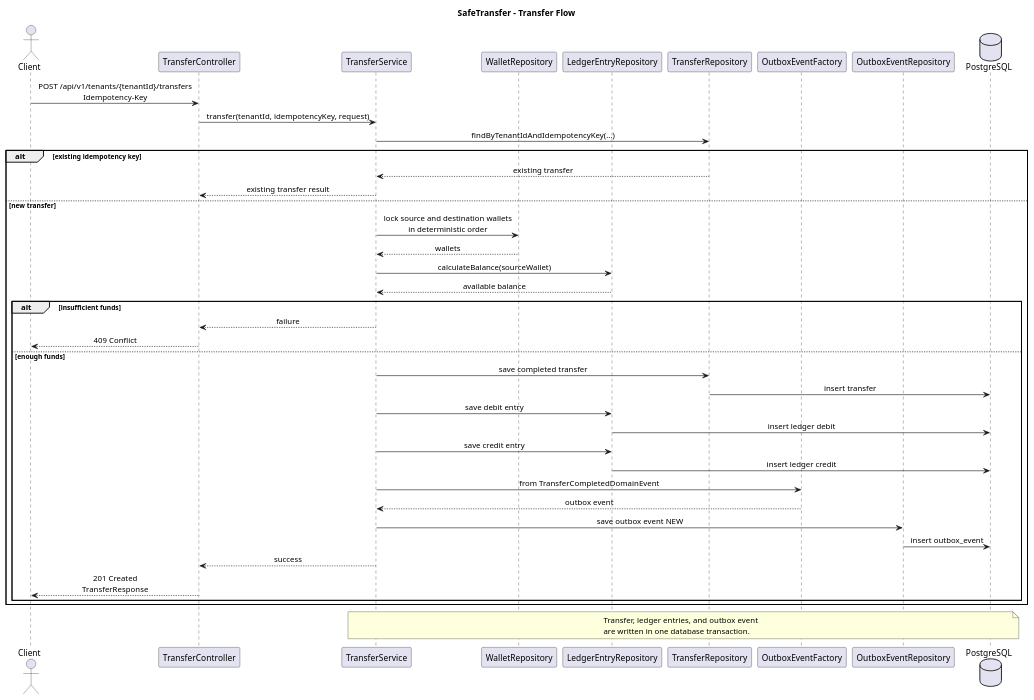
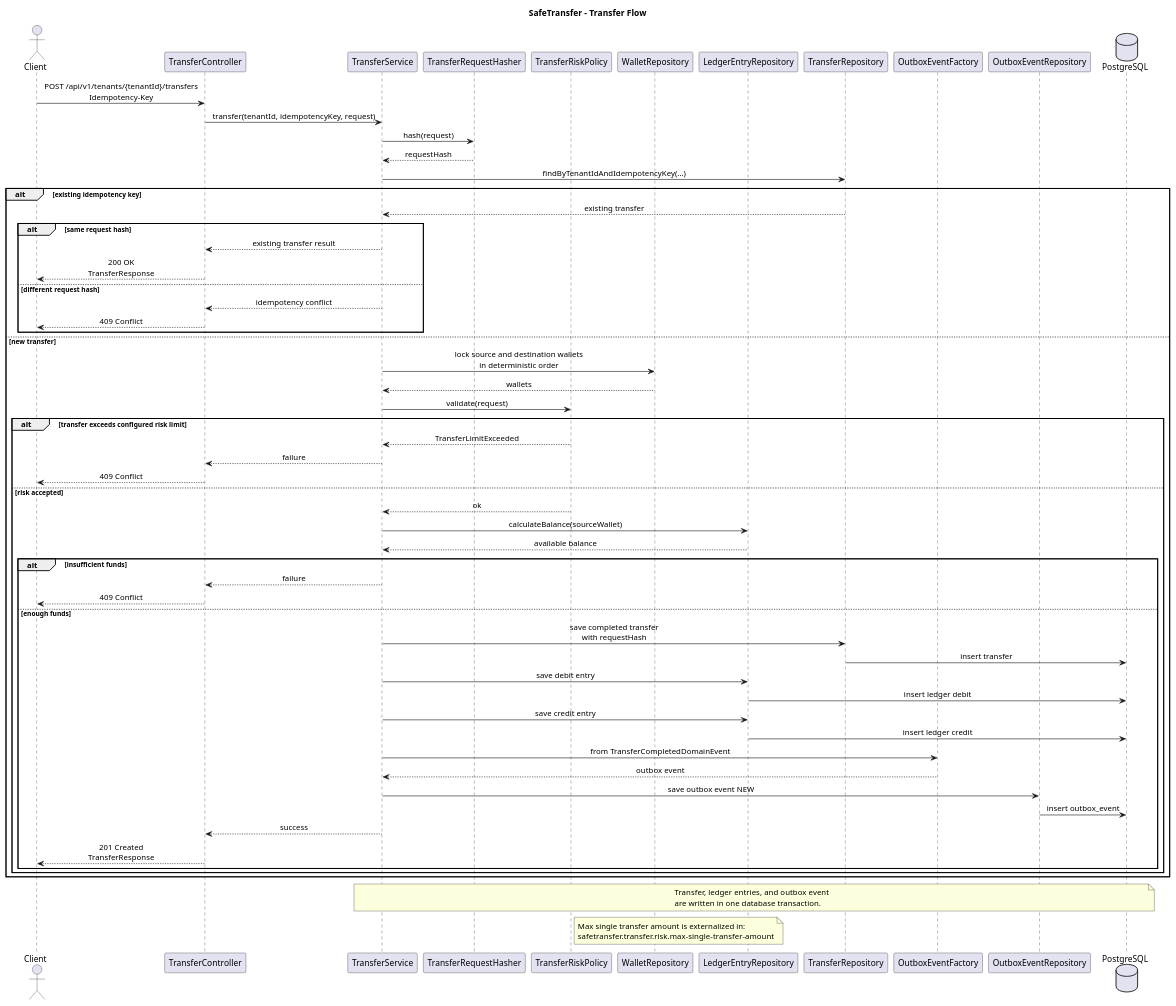
The diagram in architecture/transfer-sequence.puml (ngnowak/safe-transfer), drawn with PlantUML before and after one commit. The commit also changed 7 other files, not shown here.

Commit message:
XXX(007): update diagram

```diff
--- a/architecture/transfer-sequence.puml
+++ b/architecture/transfer-sequence.puml
@@ -1,60 +1,85 @@
 @startuml SafeTransfer Transfer Sequence
 title SafeTransfer - Transfer Flow
 
 skinparam shadowing false
 skinparam sequenceMessageAlign center
 
 actor Client
 participant TransferController
 participant TransferService
+participant TransferRequestHasher as Hasher
+participant TransferRiskPolicy as RiskPolicy
 participant WalletRepository
 participant LedgerEntryRepository as LedgerRepository
 participant TransferRepository
 participant OutboxEventFactory
 participant OutboxEventRepository as OutboxRepository
 database PostgreSQL
 
 Client -> TransferController : POST /api/v1/tenants/{tenantId}/transfers\nIdempotency-Key
 TransferController -> TransferService : transfer(tenantId, idempotencyKey, request)
 
+TransferService -> Hasher : hash(request)
+Hasher --> TransferService : requestHash
+
 TransferService -> TransferRepository : findByTenantIdAndIdempotencyKey(...)
 alt existing idempotency key
   TransferRepository --> TransferService : existing transfer
-  TransferService --> TransferController : existing transfer result
+  alt same request hash
+    TransferService --> TransferController : existing transfer result
+    TransferController --> Client : 200 OK\nTransferResponse
+  else different request hash
+    TransferService --> TransferController : idempotency conflict
+    TransferController --> Client : 409 Conflict
+  end
 else new transfer
   TransferService -> WalletRepository : lock source and destination wallets\nin deterministic order
   WalletRepository --> TransferService : wallets
 
-  TransferService -> LedgerRepository : calculateBalance(sourceWallet)
-  LedgerRepository --> TransferService : available balance
-
-  alt insufficient funds
+  TransferService -> RiskPolicy : validate(request)
+  alt transfer exceeds configured risk limit
+    RiskPolicy --> TransferService : TransferLimitExceeded
     TransferService --> TransferController : failure
     TransferController --> Client : 409 Conflict
-  else enough funds
-    TransferService -> TransferRepository : save completed transfer
-    TransferRepository -> PostgreSQL : insert transfer
+  else risk accepted
+    RiskPolicy --> TransferService : ok
 
-    TransferService -> LedgerRepository : save debit entry
-    LedgerRepository -> PostgreSQL : insert ledger debit
+    TransferService -> LedgerRepository : calculateBalance(sourceWallet)
+    LedgerRepository --> TransferService : available balance
 
-    TransferService -> LedgerRepository : save credit entry
-    LedgerRepository -> PostgreSQL : insert ledger credit
+    alt insufficient funds
+      TransferService --> TransferController : failure
+      TransferController --> Client : 409 Conflict
+    else enough funds
+      TransferService -> TransferRepository : save completed transfer\nwith requestHash
+      TransferRepository -> PostgreSQL : insert transfer
 
-    TransferService -> OutboxEventFactory : from TransferCompletedDomainEvent
-    OutboxEventFactory --> TransferService : outbox event
+      TransferService -> LedgerRepository : save debit entry
+      LedgerRepository -> PostgreSQL : insert ledger debit
 
-    TransferService -> OutboxRepository : save outbox event NEW
-    OutboxRepository -> PostgreSQL : insert outbox_event
+      TransferService -> LedgerRepository : save credit entry
+      LedgerRepository -> PostgreSQL : insert ledger credit
 
-    TransferService --> TransferController : success
-    TransferController --> Client : 201 Created\nTransferResponse
+      TransferService -> OutboxEventFactory : from TransferCompletedDomainEvent
+      OutboxEventFactory --> TransferService : outbox event
+
+      TransferService -> OutboxRepository : save outbox event NEW
+      OutboxRepository -> PostgreSQL : insert outbox_event
+
+      TransferService --> TransferController : success
+      TransferController --> Client : 201 Created\nTransferResponse
+    end
   end
 end
 
 note over TransferService,PostgreSQL
   Transfer, ledger entries, and outbox event
   are written in one database transaction.
 end note
 
+note right of RiskPolicy
+  Max single transfer amount is externalized in:
+  safetransfer.transfer.risk.max-single-transfer-amount
+end note
+
 @enduml
```
